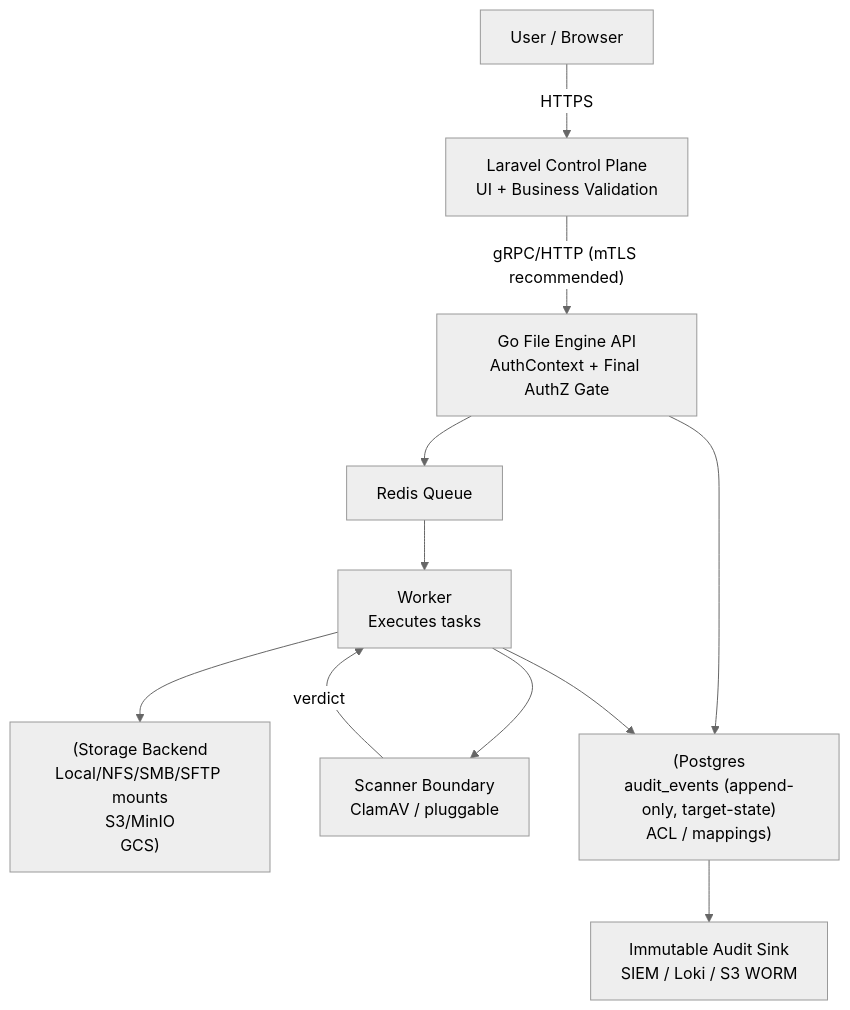
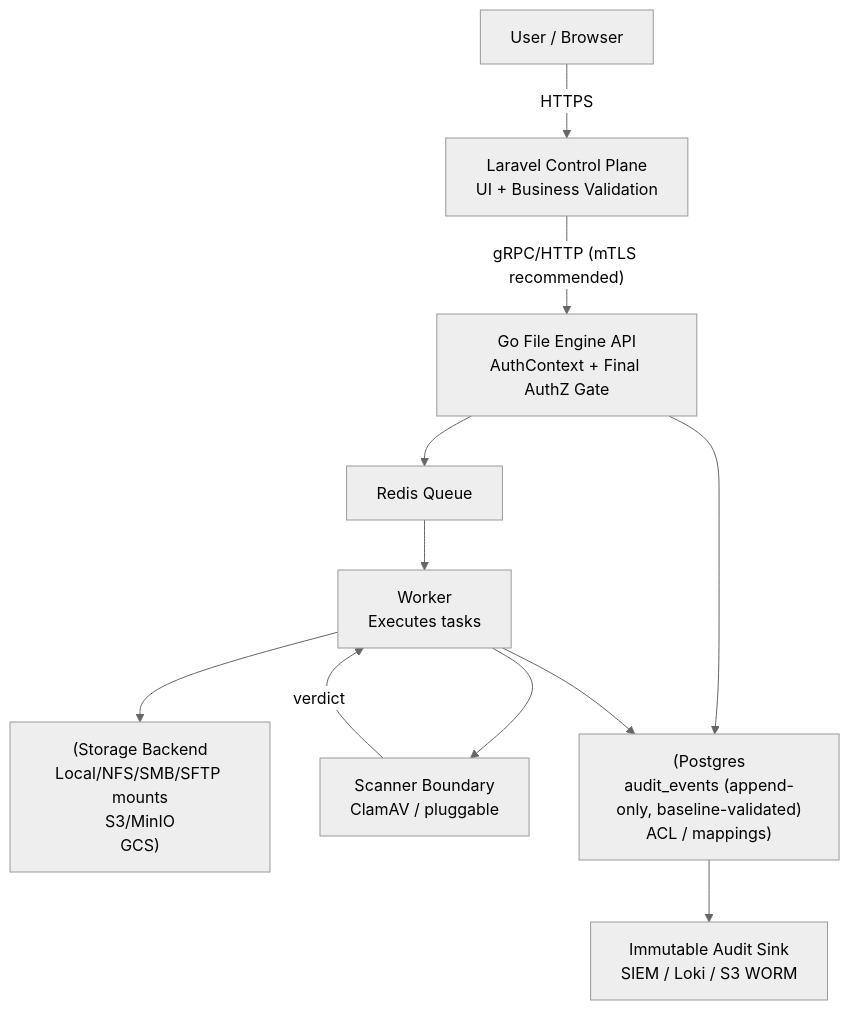
The first of 2 diagrams in README.md (agslima/file-server-management), drawn with Mermaid (neutral theme) before and after one commit. The commit also changed other lines of this file and 39 other files, not shown here.

````diff
--- a/README.md
+++ b/README.md
@@ -181,23 +194,23 @@
 ```mermaid
 flowchart TB
   U[User / Browser] -->|HTTPS| L[Laravel Control Plane<br/>UI + Business Validation]
 
   %% TB2: Service boundary
   L -->|"gRPC/HTTP (mTLS recommended)"| FE[Go File Engine API<br/>AuthContext + Final AuthZ Gate]
 
   %% TB3: Queue boundary
   FE --> Q[Redis Queue]
   Q --> W[Worker<br/>Executes tasks]
 
   %% TB4: Data boundary
   W --> ST["(Storage Backend<br/>Local/NFS/SMB/SFTP mounts<br/>S3/MinIO<br/>GCS)"]
 
   %% TB5: Scanner boundary
   W --> AV[Scanner Boundary<br/>ClamAV / pluggable]
   AV -->|verdict| W
 
   %% Audit
-  FE --> DB["(Postgres<br/>audit_events (append-only, target-state)<br/>ACL / mappings)"]
+  FE --> DB["(Postgres<br/>audit_events (append-only, baseline-validated)<br/>ACL / mappings)"]
   W --> DB
   DB --> SINK[Immutable Audit Sink<br/>SIEM / Loki / S3 WORM]
 ```
````
